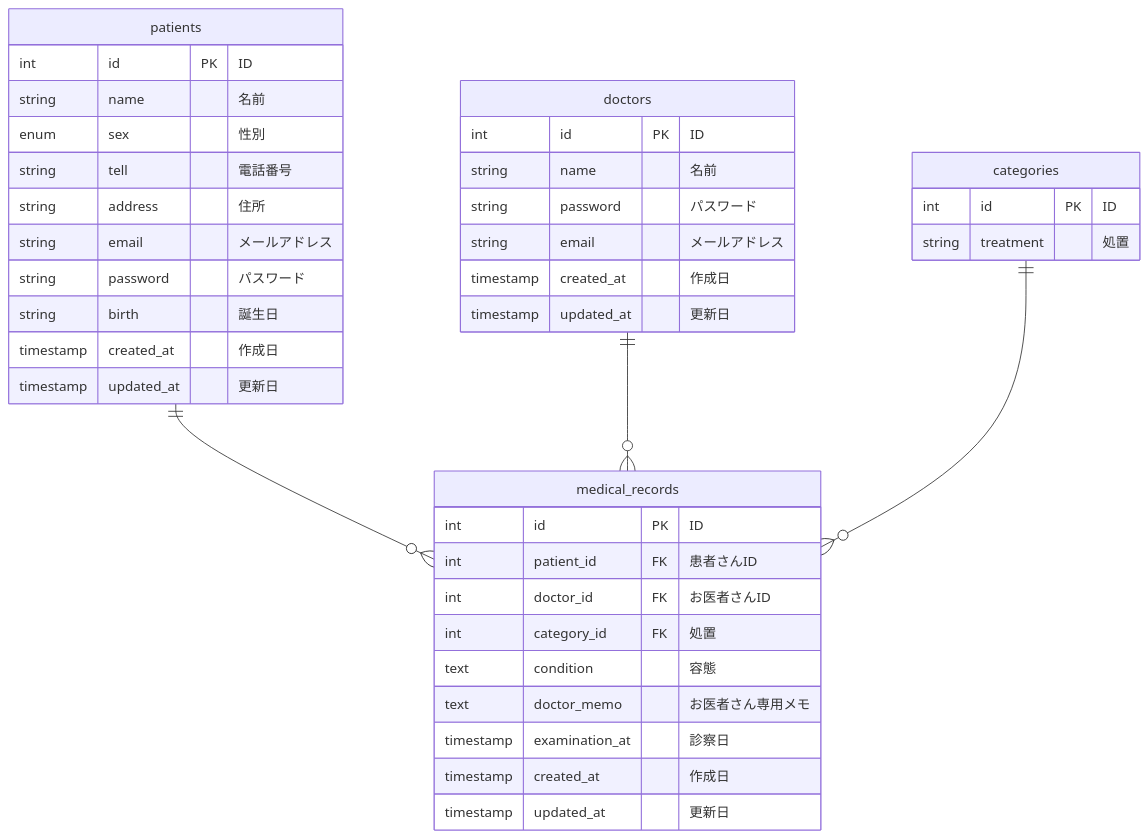
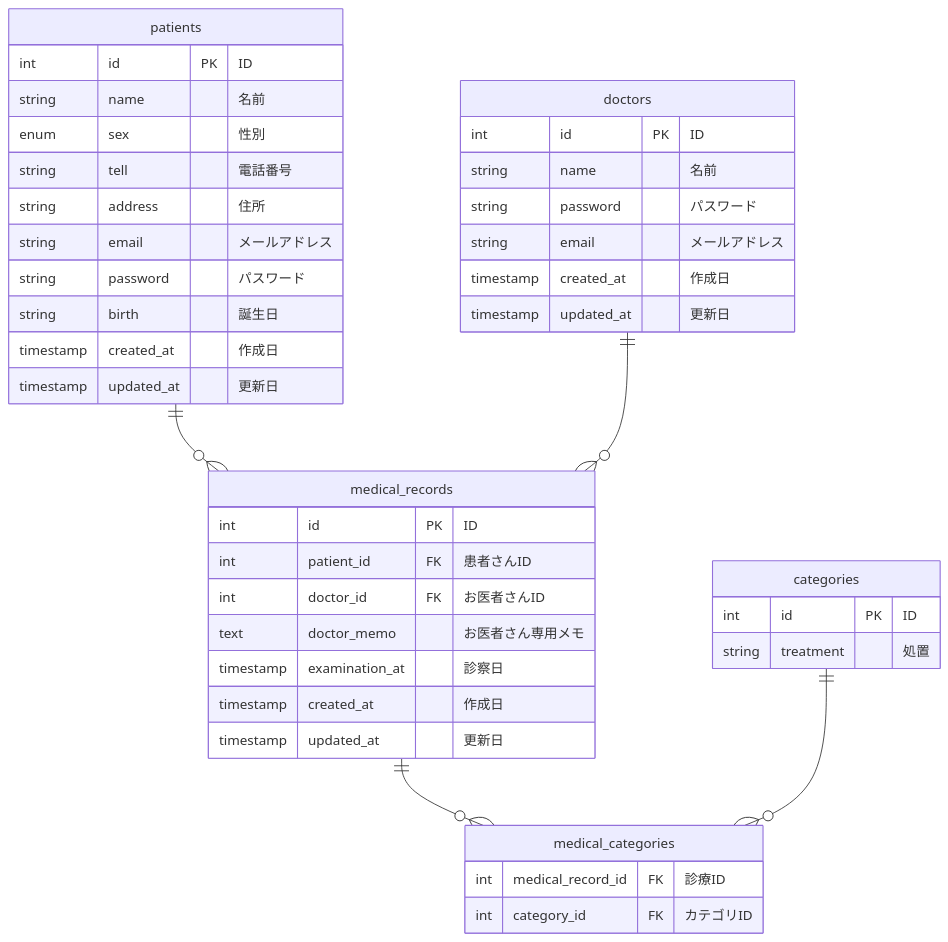
Before and after one commit to kubo-work/PortfolioSystemDesign: the diagram in ER/er.md, drawn with Mermaid.

Commit message:
カテゴリテーブルと診察内容テーブルから中間テーブルを作成

````diff
--- a/ER/er.md
+++ b/ER/er.md
@@ -1,48 +1,52 @@
 ```mermaid
 erDiagram
     patients {
         int id PK "ID"
         string name "名前"
         enum sex "性別"
         string tell "電話番号"
         string address "住所"
         string email "メールアドレス"
         string password "パスワード"
         string birth "誕生日"
         timestamp created_at "作成日"
         timestamp updated_at "更新日"
         %% timestamp last_hospital_visit_at "最新来院日"
     }
 
     medical_records{
         int id PK "ID" 
         int patient_id FK "患者さんID"
         int doctor_id FK "お医者さんID"
-        int category_id FK "処置"
-        text condition "容態"
         text doctor_memo "お医者さん専用メモ"
         timestamp examination_at "診察日"
         timestamp created_at "作成日"
         timestamp updated_at "更新日"
         %% int deleted_flag "削除"
     }
 
     %% 診察（施術内容をカテゴリ化してテーブル）
     categories{
         int id PK "ID" 
         string treatment "処置"
     }
 
+    medical_categories {
+        int medical_record_id FK "診療ID"
+        int category_id FK "カテゴリID"
+    }
+
     doctors{
         int id PK "ID" 
         string name "名前"
         string password "パスワード"
         string email "メールアドレス"
         timestamp created_at "作成日"
         timestamp updated_at "更新日" 
     }
 
     patients ||--o{ medical_records: ""
     doctors ||--o{ medical_records: ""
-    categories ||--o{ medical_records: ""
+    medical_records ||--o{ medical_categories: ""
+    categories ||--o{ medical_categories: ""
 ```
````
